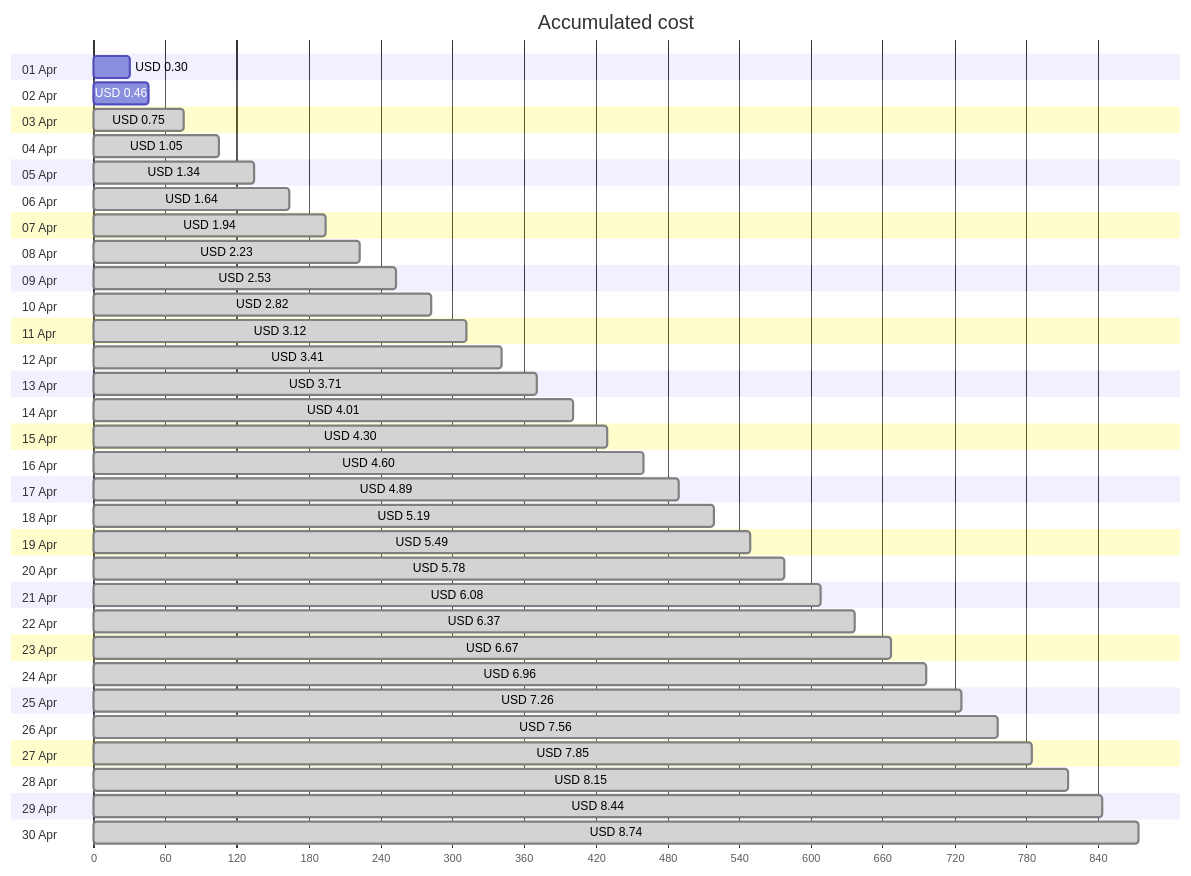
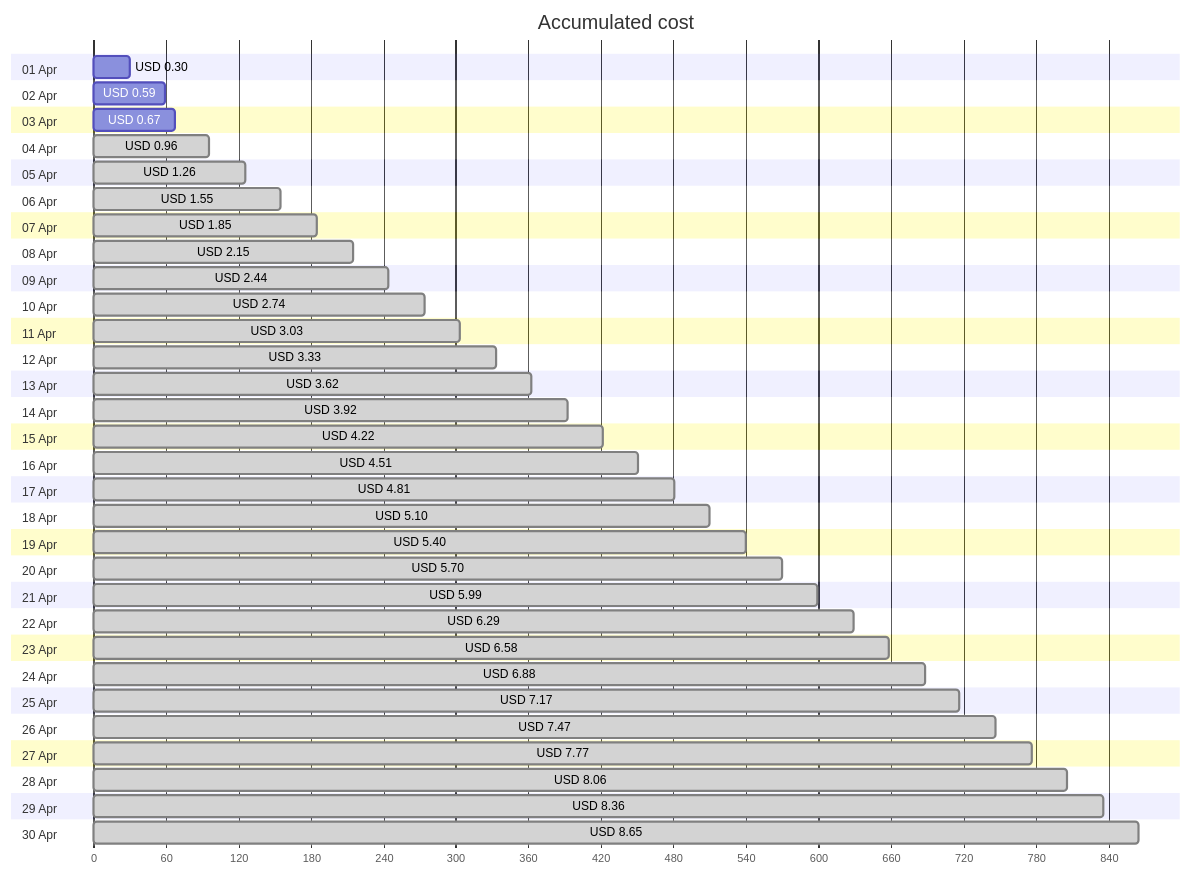
The first of 4 diagrams in cost-reports/personal-site/personal-site.md (jpfulton/azure-personal-reports), drawn with Mermaid before and after one commit. The commit also changed other lines of this file and 7 other files, not shown here.

````diff
--- a/cost-reports/personal-site/personal-site.md
+++ b/cost-reports/personal-site/personal-site.md
@@ -20,66 +20,66 @@
 ```mermaid
 gantt
    title Accumulated cost
    dateFormat  X
    axisFormat %s
    section 01 Apr
    USD 0.30 :0, 30
    section 02 Apr
-   USD 0.46 :0, 46
+   USD 0.59 :0, 59
    section 03 Apr
-   USD 0.75 : done, 0, 75
+   USD 0.67 :0, 67
    section 04 Apr
-   USD 1.05 : done, 0, 105
+   USD 0.96 : done, 0, 96
    section 05 Apr
-   USD 1.34 : done, 0, 134
+   USD 1.26 : done, 0, 126
    section 06 Apr
-   USD 1.64 : done, 0, 164
+   USD 1.55 : done, 0, 155
    section 07 Apr
-   USD 1.94 : done, 0, 194
+   USD 1.85 : done, 0, 185
    section 08 Apr
-   USD 2.23 : done, 0, 223
+   USD 2.15 : done, 0, 215
    section 09 Apr
-   USD 2.53 : done, 0, 253
+   USD 2.44 : done, 0, 244
    section 10 Apr
-   USD 2.82 : done, 0, 282
+   USD 2.74 : done, 0, 274
    section 11 Apr
-   USD 3.12 : done, 0, 312
+   USD 3.03 : done, 0, 303
    section 12 Apr
-   USD 3.41 : done, 0, 341
+   USD 3.33 : done, 0, 333
    section 13 Apr
-   USD 3.71 : done, 0, 371
+   USD 3.62 : done, 0, 362
    section 14 Apr
-   USD 4.01 : done, 0, 401
+   USD 3.92 : done, 0, 392
    section 15 Apr
-   USD 4.30 : done, 0, 430
+   USD 4.22 : done, 0, 422
    section 16 Apr
-   USD 4.60 : done, 0, 460
+   USD 4.51 : done, 0, 451
    section 17 Apr
-   USD 4.89 : done, 0, 489
+   USD 4.81 : done, 0, 481
    section 18 Apr
-   USD 5.19 : done, 0, 519
+   USD 5.10 : done, 0, 510
    section 19 Apr
-   USD 5.49 : done, 0, 549
+   USD 5.40 : done, 0, 540
    section 20 Apr
-   USD 5.78 : done, 0, 578
+   USD 5.70 : done, 0, 570
    section 21 Apr
-   USD 6.08 : done, 0, 608
+   USD 5.99 : done, 0, 599
    section 22 Apr
-   USD 6.37 : done, 0, 637
+   USD 6.29 : done, 0, 629
    section 23 Apr
-   USD 6.67 : done, 0, 667
+   USD 6.58 : done, 0, 658
    section 24 Apr
-   USD 6.96 : done, 0, 696
+   USD 6.88 : done, 0, 688
    section 25 Apr
-   USD 7.26 : done, 0, 726
+   USD 7.17 : done, 0, 717
    section 26 Apr
-   USD 7.56 : done, 0, 756
+   USD 7.47 : done, 0, 747
    section 27 Apr
-   USD 7.85 : done, 0, 785
+   USD 7.77 : done, 0, 777
    section 28 Apr
-   USD 8.15 : done, 0, 815
+   USD 8.06 : done, 0, 806
    section 29 Apr
-   USD 8.44 : done, 0, 844
+   USD 8.36 : done, 0, 836
    section 30 Apr
-   USD 8.74 : done, 0, 874
+   USD 8.65 : done, 0, 865
 ```
````
